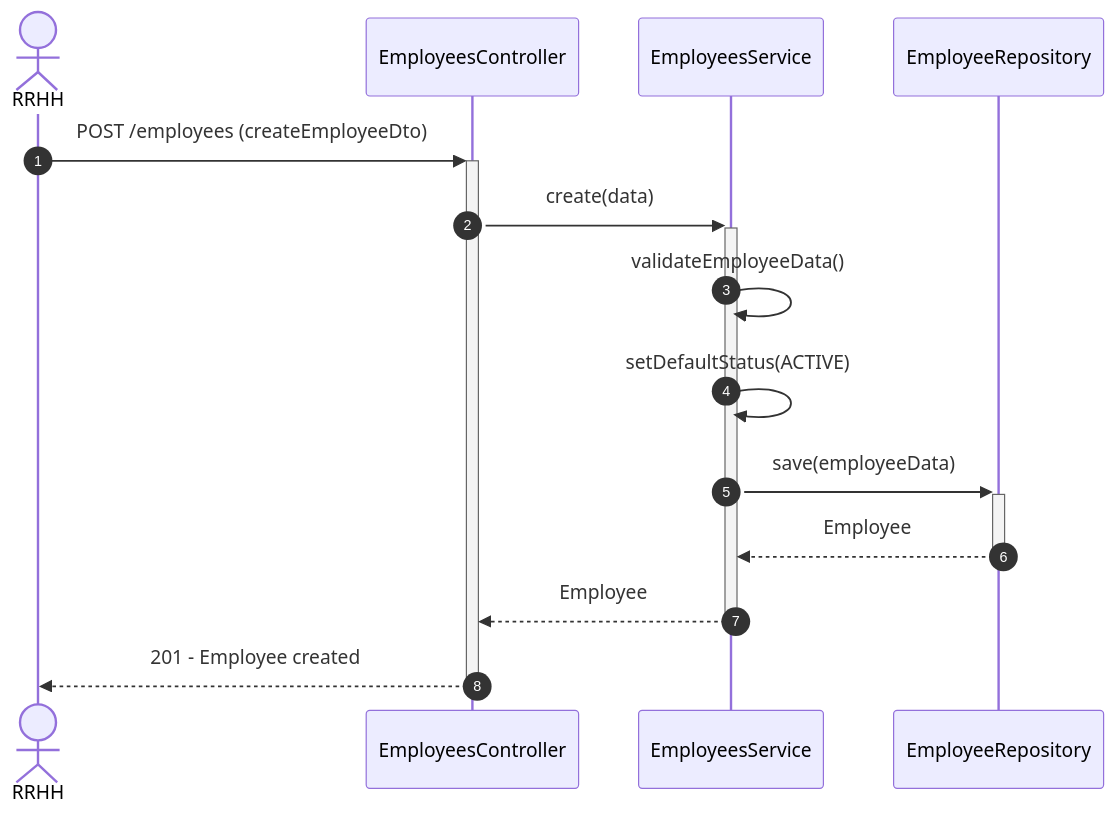
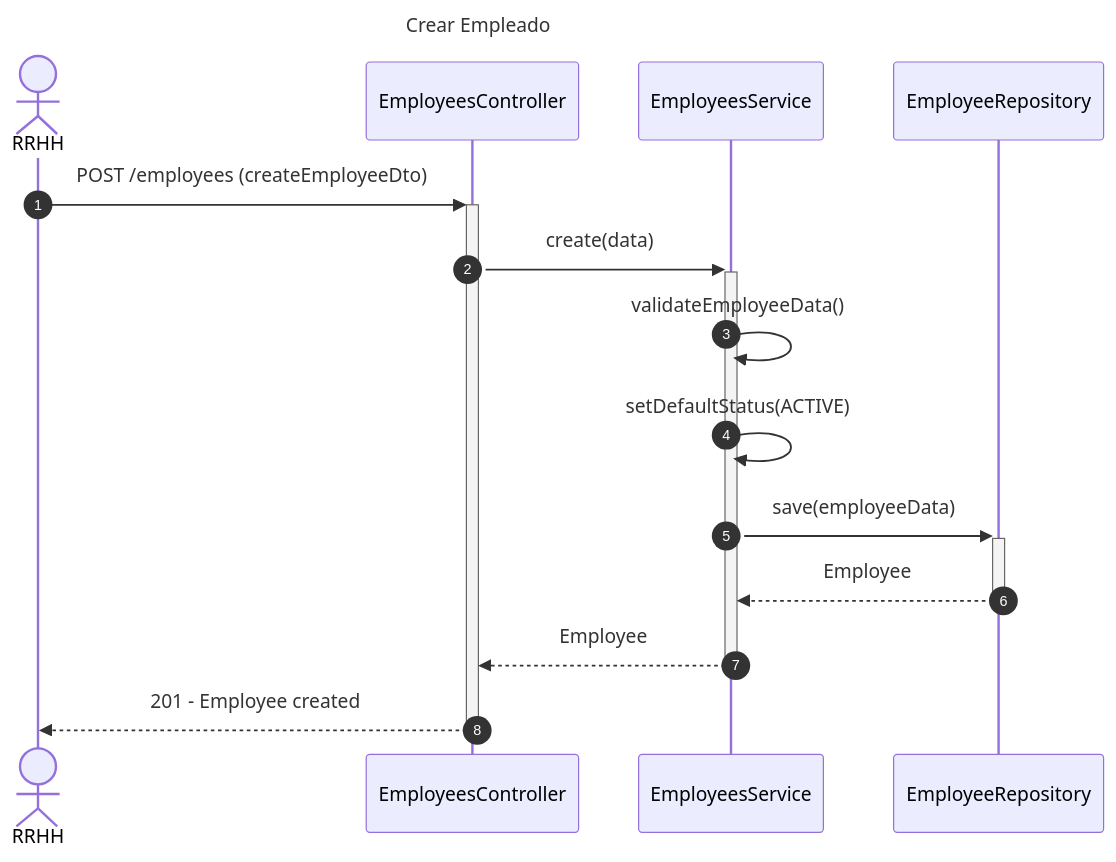
The first of 7 diagrams in diagrams/sequence/employees-sequence-diagram.md (Nick220505/hotelier-backend), drawn with Mermaid before and after one commit. The commit also changed other lines of this file and 5 other files, not shown here.

Commit message:
Add titles to sequence diagrams for Billing, Employees, Inventory, Reservations, Restaurant, and Users modules

````diff
--- a/diagrams/sequence/employees-sequence-diagram.md
+++ b/diagrams/sequence/employees-sequence-diagram.md
@@ -5,20 +5,23 @@
 ```mermaid
+---
+title: Crear Empleado
+---
 sequenceDiagram
     autonumber
     actor RRHH
     participant Controller as EmployeesController
     participant Service as EmployeesService
     participant EmployeeRepo as EmployeeRepository
 
     RRHH->>+Controller: POST /employees (createEmployeeDto)
     Controller->>+Service: create(data)
     
     Service->>Service: validateEmployeeData()
     Service->>Service: setDefaultStatus(ACTIVE)
     
     Service->>+EmployeeRepo: save(employeeData)
     EmployeeRepo-->>-Service: Employee
     
     Service-->>-Controller: Employee
     Controller-->>-RRHH: 201 - Employee created
 ```
````
